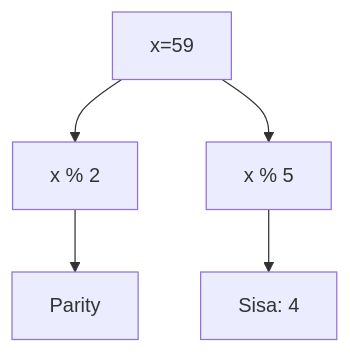
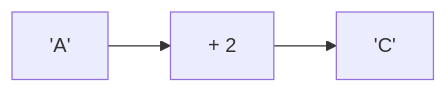
One commit to amnahwaida/OSNK_INF_PREP changed diagram 20 of 25 in part-c-pemahaman-cpp/02-percabangan/latihan/set-07.md. Above: the diagram before and after it, drawn with Mermaid. The commit also changed other lines of this file and 71 other files, not shown here.

Commit message:
Fixed Mermaid syntax lexical errors with quoted labels in 1,800 questions

````diff
--- a/part-c-pemahaman-cpp/02-percabangan/latihan/set-07.md
+++ b/part-c-pemahaman-cpp/02-percabangan/latihan/set-07.md
@@ -590,7 +621,5 @@
 ```mermaid
-graph TD
-A[x=59] --> B[x % 2]
-B --> C[Parity]
-A --> D[x % 5]
-D --> E[Sisa: 4]
+graph LR
+A["'A'"] --> B["+ 2"]
+B --> C["'C'"]
 ```
````
